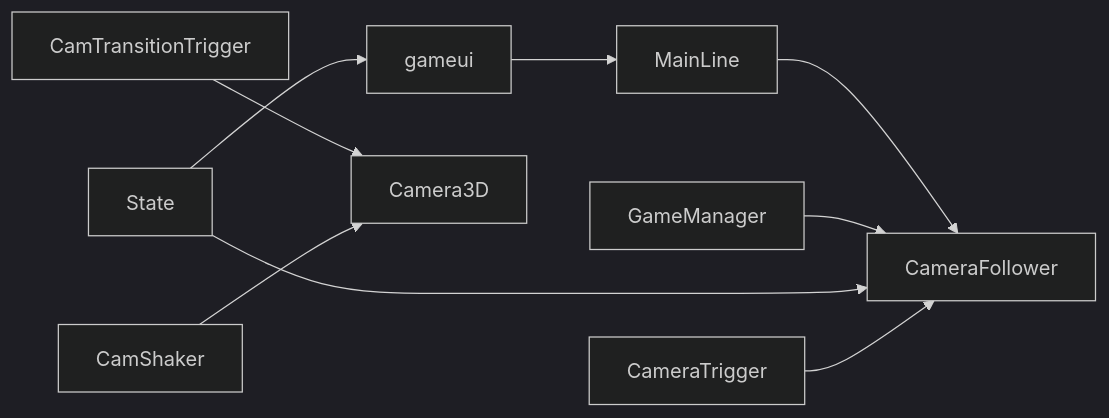
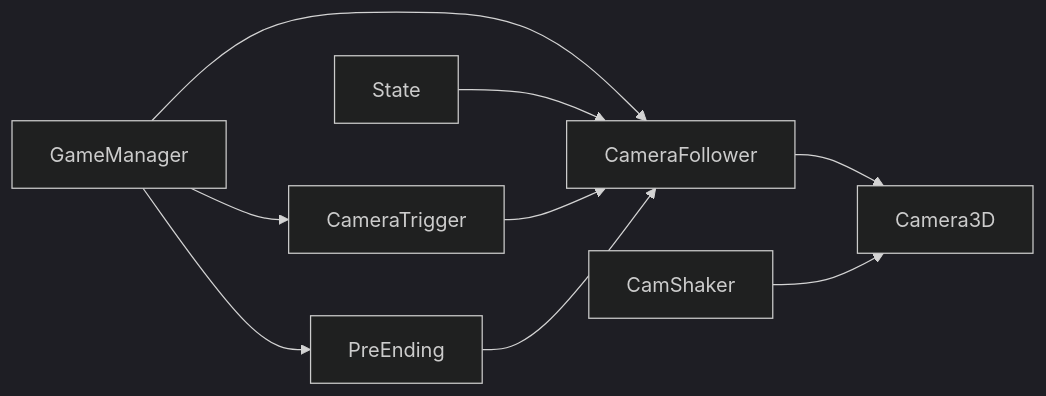
Diagram 12 of 12 in .qoder/repowiki/zh/content/游戏系统/相机系统/相机跟随系统.md (godotline/godot-line), drawn with Mermaid (dark theme) before and after one commit. The commit also changed other lines of this file and 10 other files, not shown here.

````diff
--- a/.qoder/repowiki/zh/content/游戏系统/相机系统/相机跟随系统.md
+++ b/.qoder/repowiki/zh/content/游戏系统/相机系统/相机跟随系统.md
@@ -403,11 +468,11 @@
 ```mermaid
 graph LR
-ML["MainLine"] --> CF["CameraFollower"]
-GM["GameManager"] --> CF
+GM["GameManager"] --> CF["CameraFollower"]
+GM --> CT["CameraTrigger"]
+GM --> PE["PreEnding"]
 ST["State"] --> CF
-ST --> UI["gameui"]
-UI --> ML
-CT["CameraTrigger"] --> CF
-TT["CamTransitionTrigger"] --> CAM["Camera3D"]
+CF --> CAM["Camera3D"]
+CT --> CF
+PE --> CF
 CS["CamShaker"] --> CAM
 ```
````
